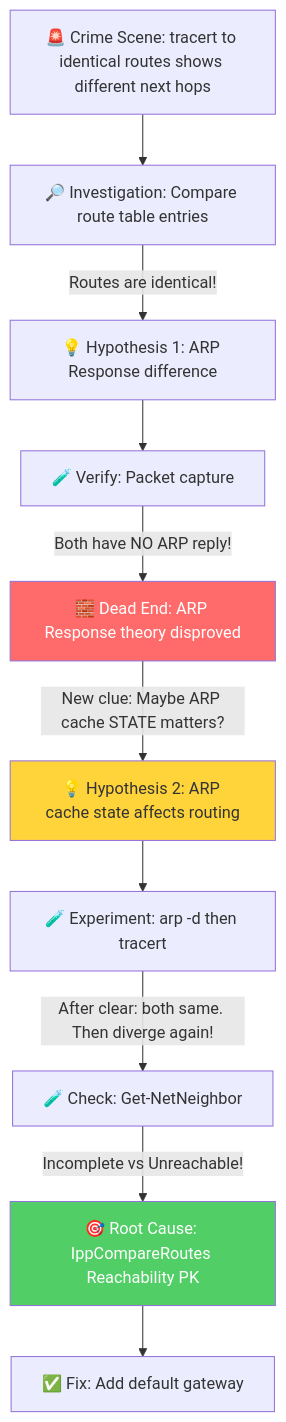
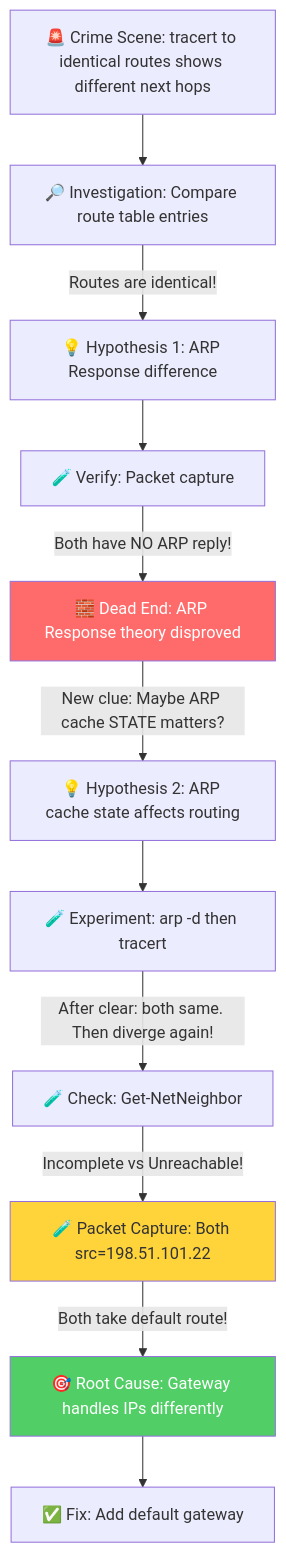
The second of 2 diagrams in _posts/2026-03-17-tech-sharing-phantom-route-arp-cache-routing.md (IrisHeMin/case-knowledge-base), drawn with Mermaid before and after one commit. The commit also changed other lines of this file, not shown here.

Commit message:
Fix tech sharing: Both ARP states go default route, tracert diff is upstream gateway

````diff
--- a/_posts/2026-03-17-tech-sharing-phantom-route-arp-cache-routing.md
+++ b/_posts/2026-03-17-tech-sharing-phantom-route-arp-cache-routing.md
@@ -529,16 +517,17 @@
 ```mermaid
 flowchart TD
     Crime["🚨 Crime Scene: tracert to identical routes shows different next hops"] --> Invest1["🔎 Investigation: Compare route table entries"]
     Invest1 -->|"Routes are identical!"| Hypo1["💡 Hypothesis 1: ARP Response difference"]
     Hypo1 --> Capture["🧪 Verify: Packet capture"]
     Capture -->|"Both have NO ARP reply!"| Blocker["🧱 Dead End: ARP Response theory disproved"]
     Blocker -->|"New clue: Maybe ARP cache STATE matters?"| Hypo2["💡 Hypothesis 2: ARP cache state affects routing"]
     Hypo2 --> Verify1["🧪 Experiment: arp -d then tracert"]
     Verify1 -->|"After clear: both same. Then diverge again!"| Verify2["🧪 Check: Get-NetNeighbor"]
-    Verify2 -->|"Incomplete vs Unreachable!"| RootCause["🎯 Root Cause: IppCompareRoutes Reachability PK"]
+    Verify2 -->|"Incomplete vs Unreachable!"| PktCap2["🧪 Packet Capture: Both src=198.51.101.22"]
+    PktCap2 -->|"Both take default route!"| RootCause["🎯 Root Cause: Gateway handles IPs differently"]
     RootCause --> Fix["✅ Fix: Add default gateway"]
 
     style Blocker fill:#ff6b6b,color:#fff
     style RootCause fill:#51cf66,color:#fff
-    style Hypo2 fill:#ffd43b,color:#333
+    style PktCap2 fill:#ffd43b,color:#333
 ```
````
